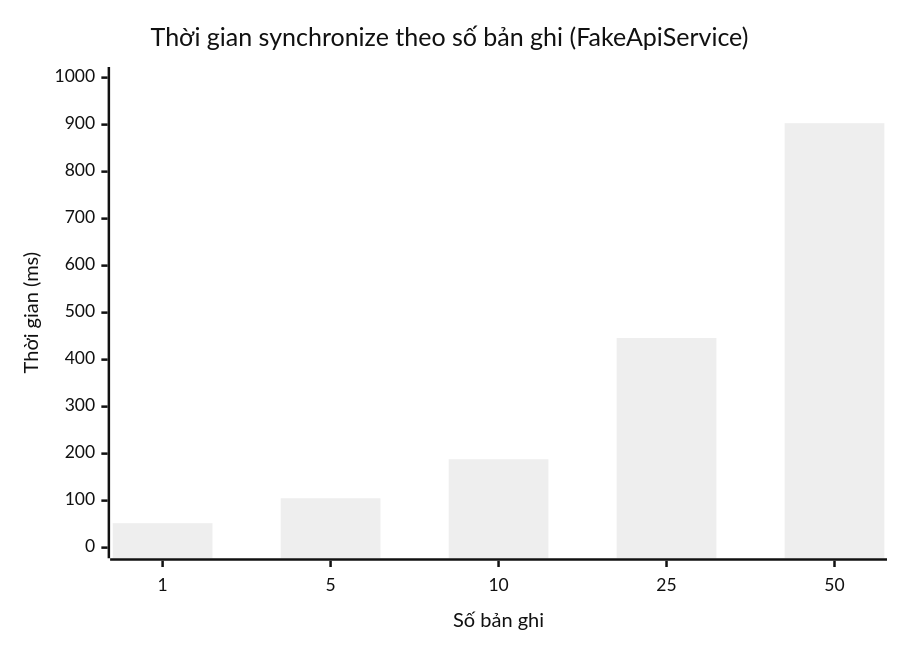
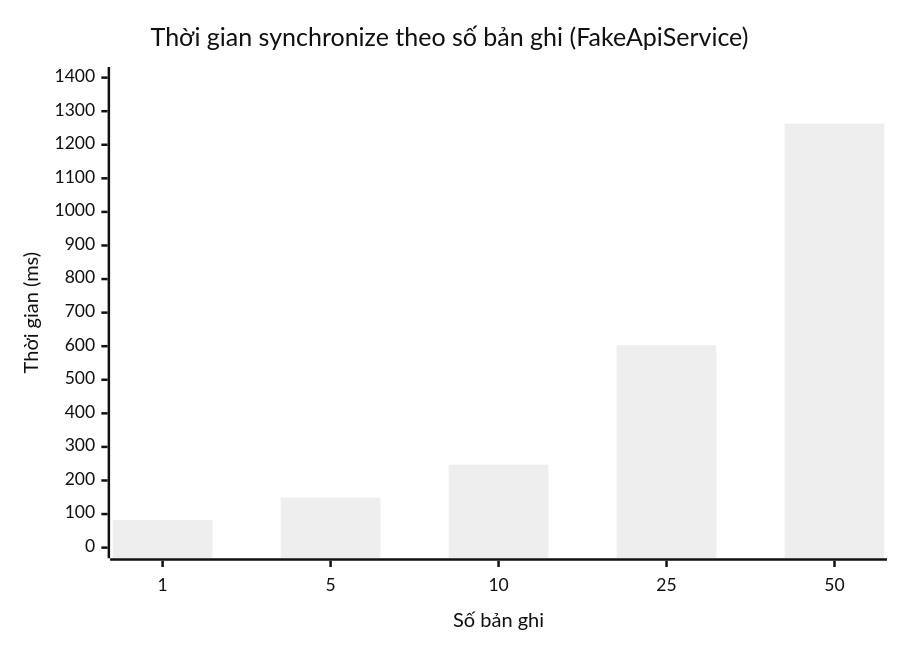
The diagram in docs/D7_EXPERIMENT_REPORT.md (524h0007-TranHuuDanh/PhatTrienUngDungDiDongN12), drawn with Mermaid (neutral theme) before and after one commit. The commit also changed other lines of this file and 11 other files, not shown here.

````diff
--- a/docs/D7_EXPERIMENT_REPORT.md
+++ b/docs/D7_EXPERIMENT_REPORT.md
@@ -42,7 +42,7 @@
 ```mermaid
 xychart-beta
     title "Thời gian synchronize theo số bản ghi (FakeApiService)"
     x-axis "Số bản ghi" [1, 5, 10, 25, 50]
-    y-axis "Thời gian (ms)" 0 --> 1000
-    bar [52, 105, 188, 446, 903]
+    y-axis "Thời gian (ms)" 0 --> 1400
+    bar [82, 149, 247, 603, 1263]
 ```
````
